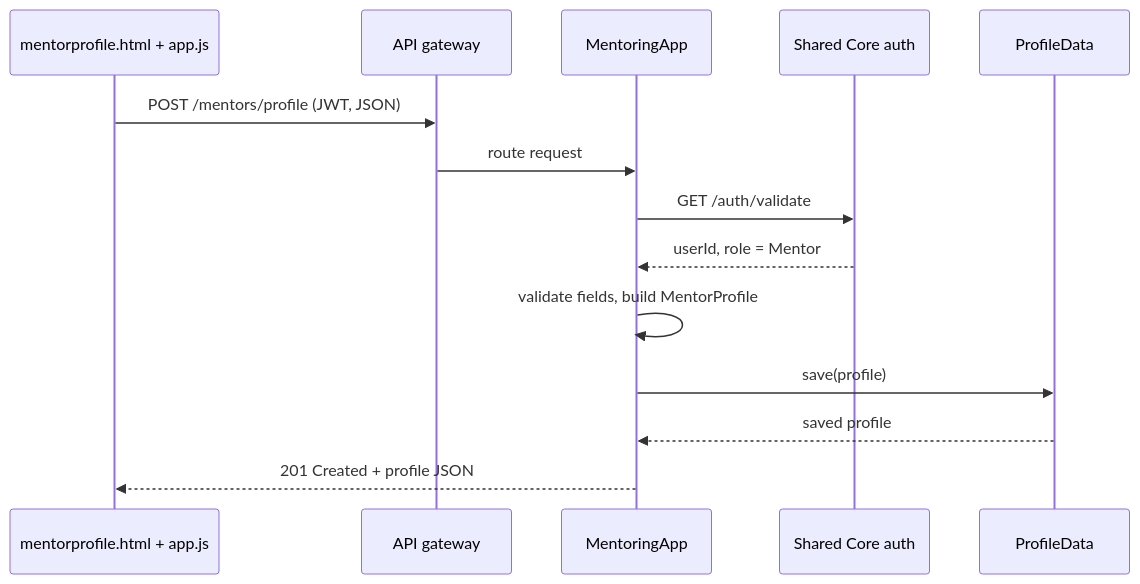
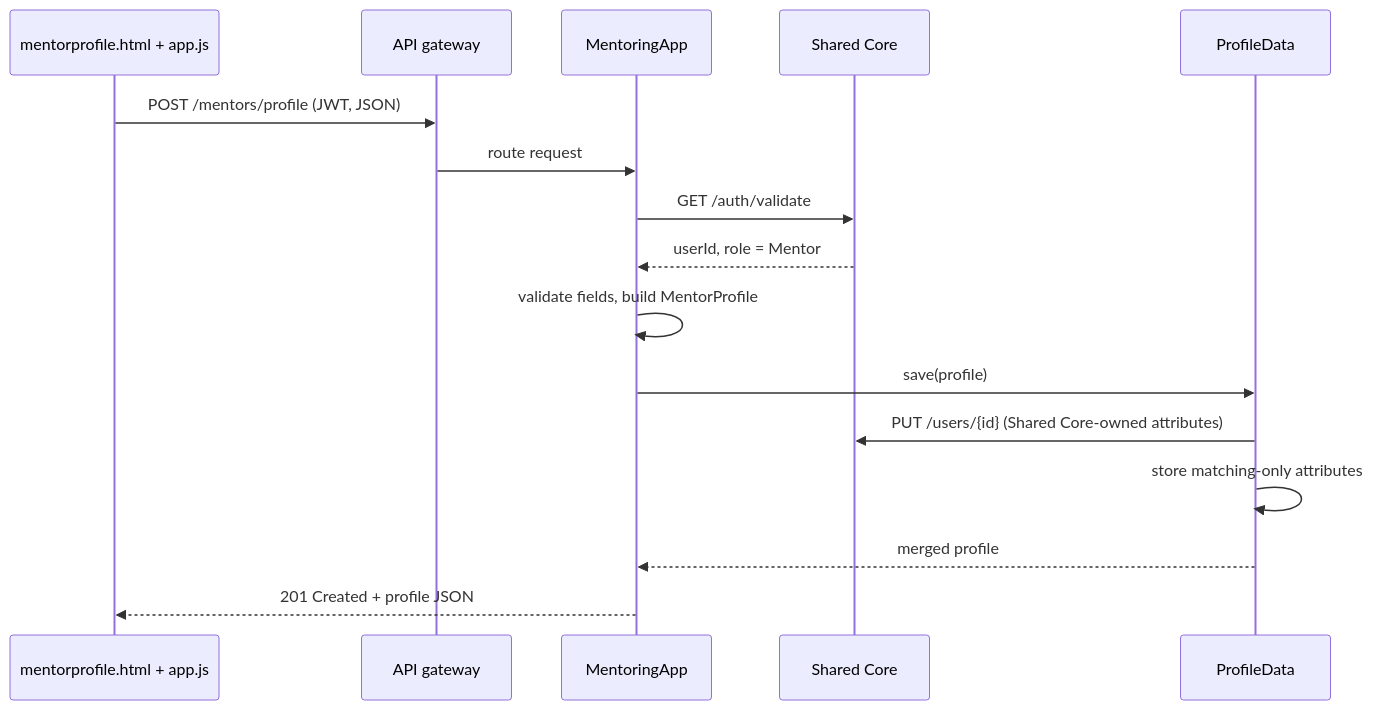
Before and after one commit to gmu-cs321-fall2026/Mentor_Matching: the third of 3 diagrams in docs/architecture.md, drawn with Mermaid. The commit also changed other lines of this file and 4 other files, not shown here.

Commit message:
Added the Architecture Files

````diff
--- a/docs/architecture.md
+++ b/docs/architecture.md
@@ -65,16 +65,18 @@
 ```mermaid
 sequenceDiagram
   participant U as mentorprofile.html + app.js
   participant G as API gateway
   participant M as MentoringApp
-  participant A as Shared Core auth
+  participant A as Shared Core
   participant D as ProfileData
   U->>G: POST /mentors/profile (JWT, JSON)
   G->>M: route request
   M->>A: GET /auth/validate
   A-->>M: userId, role = Mentor
   M->>M: validate fields, build MentorProfile
   M->>D: save(profile)
-  D-->>M: saved profile
+  D->>A: PUT /users/{id} (Shared Core-owned attributes)
+  D->>D: store matching-only attributes
+  D-->>M: merged profile
   M-->>U: 201 Created + profile JSON
 ```
````
